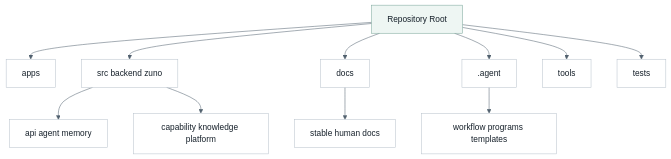
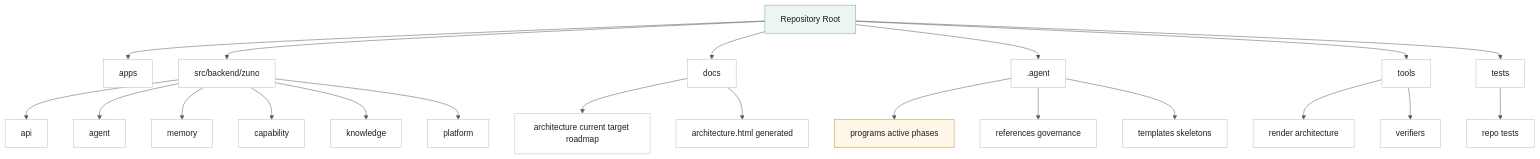
Before and after one commit to ProfessorZhi/Zuno: the second of 10 diagrams in docs/architecture.md, drawn with Mermaid. The commit also changed other lines of this file and 27 other files, not shown here.

Commit message:
docs: detail zuno architecture program

````diff
--- a/docs/architecture.md
+++ b/docs/architecture.md
@@ -73,19 +101,30 @@
 ```mermaid
 %%{init: {"theme": "base", "themeVariables": {"background": "#f7f8fb", "lineColor": "#52616f"}}}%%
 flowchart TB
   classDef node fill:#ffffff,stroke:#b8c2cc,stroke-width:1px,color:#16202a;
   classDef accent fill:#eef6f3,stroke:#7aa59a,stroke-width:1px,color:#16202a;
+  classDef guard fill:#fff8e8,stroke:#c59b43,stroke-width:1px,color:#16202a;
 
   R["Repository Root"]:::accent
-  R --> APP["apps"]
-  R --> BE["src backend zuno"]
-  R --> DOC["docs"]
+  R --> APPS["apps"]
+  R --> BACKEND["src/backend/zuno"]
+  R --> DOCS["docs"]
   R --> AGENT[".agent"]
-  R --> TOOL["tools"]
-  R --> TEST["tests"]
-  BE --> L1["api agent memory"]
-  BE --> L2["capability knowledge platform"]
-  DOC --> DOCS["stable human docs"]
-  AGENT --> AGS["workflow programs templates"]
-  class APP,BE,DOC,AGENT,TOOL,TEST,L1,L2,DOCS,AGS node;
+  R --> TOOLS["tools"]
+  R --> TESTS["tests"]
+  BACKEND --> API["api"]
+  BACKEND --> AG["agent"]
+  BACKEND --> MEM["memory"]
+  BACKEND --> CAP["capability"]
+  BACKEND --> KNO["knowledge"]
+  BACKEND --> PLA["platform"]
+  DOCS --> FORMAL["architecture current target roadmap"]
+  DOCS --> HTML["architecture.html generated"]
+  AGENT --> PROGRAM["programs active phases"]:::guard
+  AGENT --> REFS["references governance"]
+  AGENT --> TPL["templates skeletons"]
+  TOOLS --> RENDER["render architecture"]
+  TOOLS --> VERIFY["verifiers"]
+  TESTS --> REPO["repo tests"]
+  class APPS,BACKEND,DOCS,AGENT,TOOLS,TESTS,API,AG,MEM,CAP,KNO,PLA,FORMAL,HTML,REFS,TPL,RENDER,VERIFY,REPO node;
 ```
````
